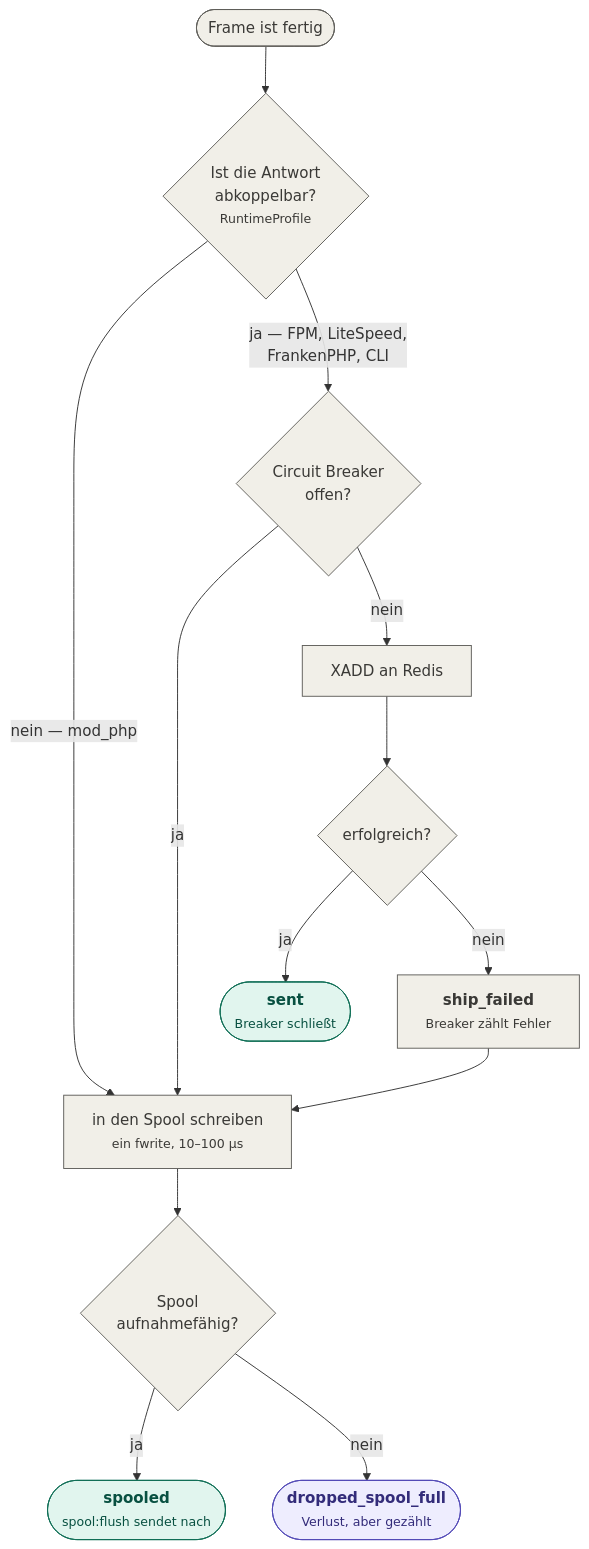
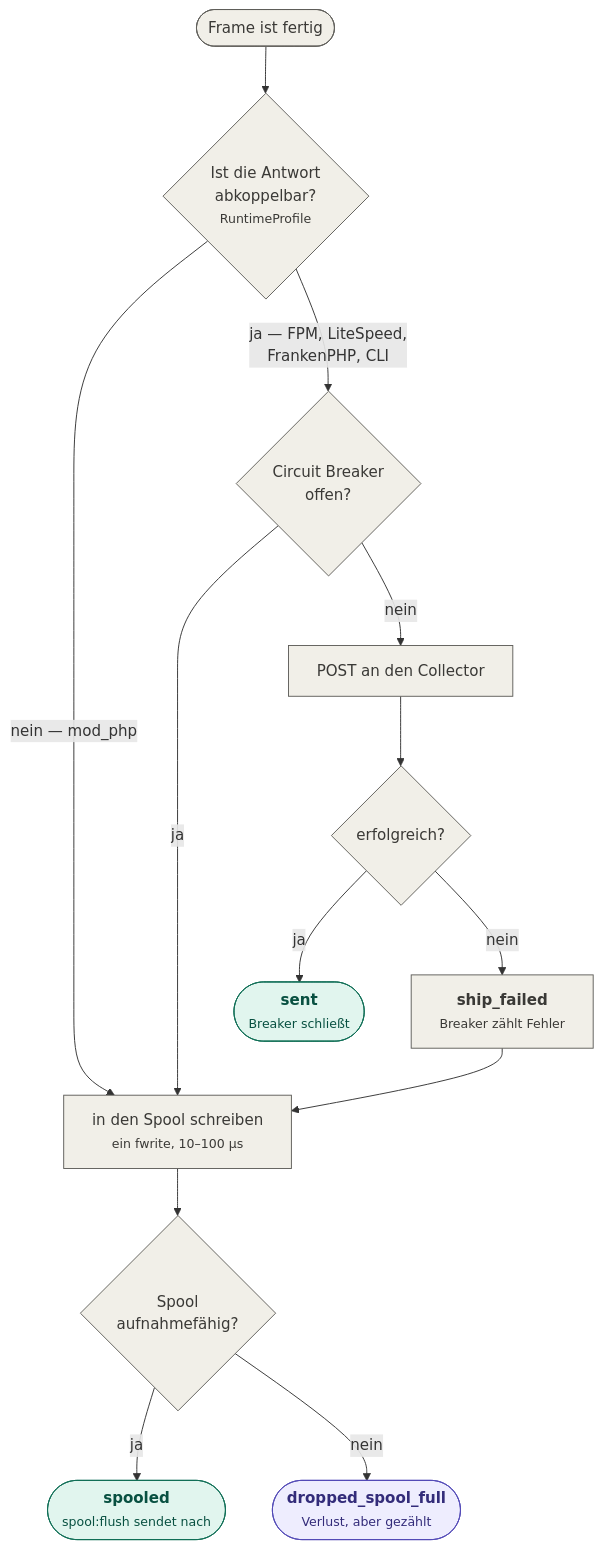
The first of 2 diagrams in doc/05-versandweg.md (projektmotor/ids-sensor-bundle), drawn with Mermaid before and after one commit. The commit also changed other lines of this file and 97 other files, not shown here.

First line of the commit message:
Umstellung auf REST-Transport und schema_version 2

````diff
--- a/doc/05-versandweg.md
+++ b/doc/05-versandweg.md
@@ -9,30 +9,30 @@
 ```mermaid
 flowchart TB
     start(["Frame ist fertig"])
     start --> q1{"Ist die Antwort<br/>abkoppelbar?<br/><small>RuntimeProfile</small>"}
 
     q1 -->|"nein — mod_php"| spool
     q1 -->|"ja — FPM, LiteSpeed,<br/>FrankenPHP, CLI"| q2
 
     q2{"Circuit Breaker<br/>offen?"}
     q2 -->|"ja"| spool
-    q2 -->|"nein"| ship["XADD an Redis"]
+    q2 -->|"nein"| ship["POST an den Collector"]
 
     ship --> q3{"erfolgreich?"}
     q3 -->|"ja"| done(["`**sent**<br/><small>Breaker schließt</small>`"])
     q3 -->|"nein"| fail["`**ship_failed**<br/><small>Breaker zählt Fehler</small>`"]
     fail --> spool
 
     spool["in den Spool schreiben<br/><small>ein fwrite, 10–100 µs</small>"]
     spool --> q4{"Spool<br/>aufnahmefähig?"}
     q4 -->|"ja"| spooled(["`**spooled**<br/><small>spool:flush sendet nach</small>`"])
     q4 -->|"nein"| lost(["`**dropped_spool_full**<br/><small>Verlust, aber gezählt</small>`"])
 
     classDef capture fill:#E1F5EE,stroke:#0F6E56,color:#085041
     classDef transport fill:#F1EFE8,stroke:#5F5E5A,color:#3A3936
     classDef data fill:#EEEDFE,stroke:#534AB7,color:#332C7A
     class start,q1,q2,q3,q4 transport
     class ship,spool,fail transport
     class done,spooled capture
     class lost data
 ```
````
